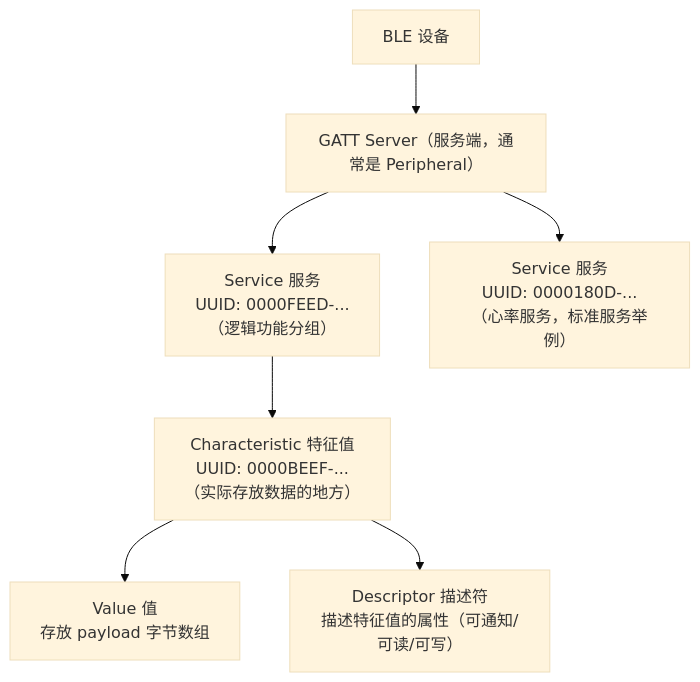
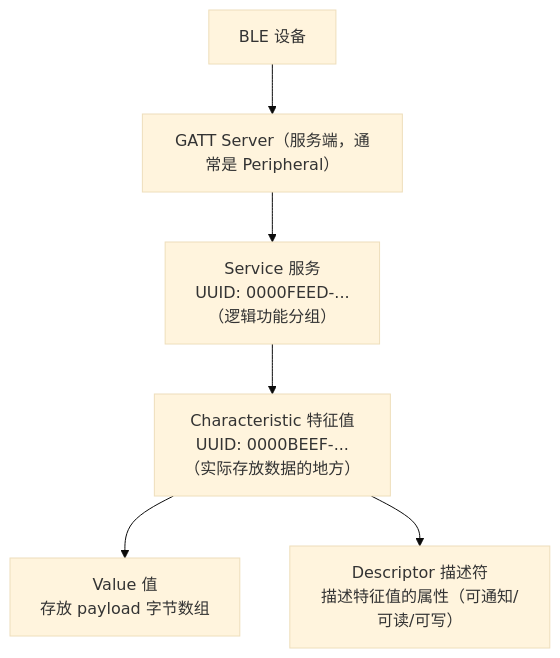
One commit to novlan1/notes changed the third of 14 diagrams in docs/2026下/蓝牙通信.md. Above: the diagram before and after it, drawn with Mermaid (base theme). The commit also changed other lines of this file and 2 other files, not shown here.

````diff
--- a/docs/2026下/蓝牙通信.md
+++ b/docs/2026下/蓝牙通信.md
@@ -76,9 +76,8 @@
 ```mermaid
 graph TD
     Device["BLE 设备"] --> Server["GATT Server（服务端，通常是 Peripheral）"]
     Server --> S1["Service 服务<br/>UUID: 0000FEED-...<br/>（逻辑功能分组）"]
-    Server --> S2["Service 服务<br/>UUID: 0000180D-...<br/>（心率服务，标准服务举例）"]
     S1 --> C1["Characteristic 特征值<br/>UUID: 0000BEEF-...<br/>（实际存放数据的地方）"]
     C1 --> V["Value 值<br/>存放 payload 字节数组"]
     C1 --> D["Descriptor 描述符<br/>描述特征值的属性（可通知/可读/可写）"]
 ```
````
